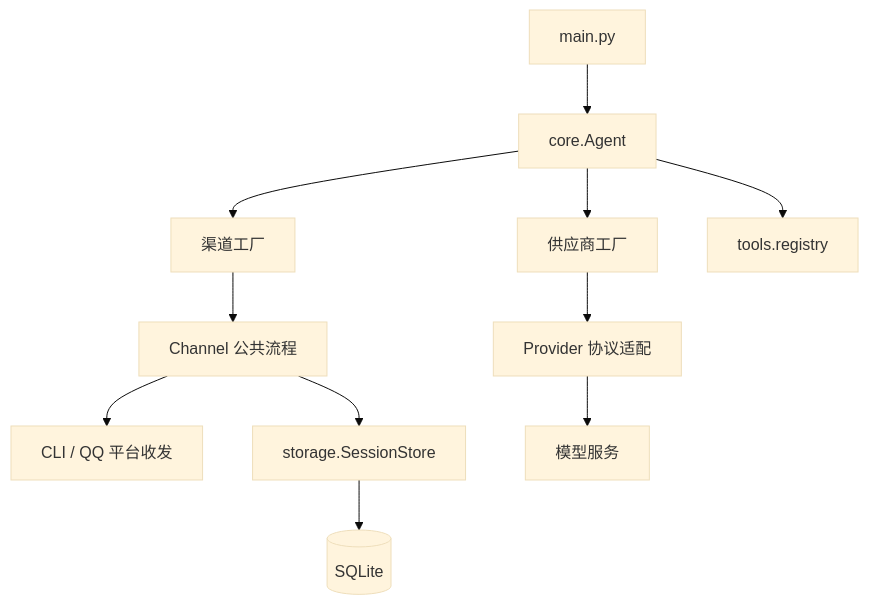
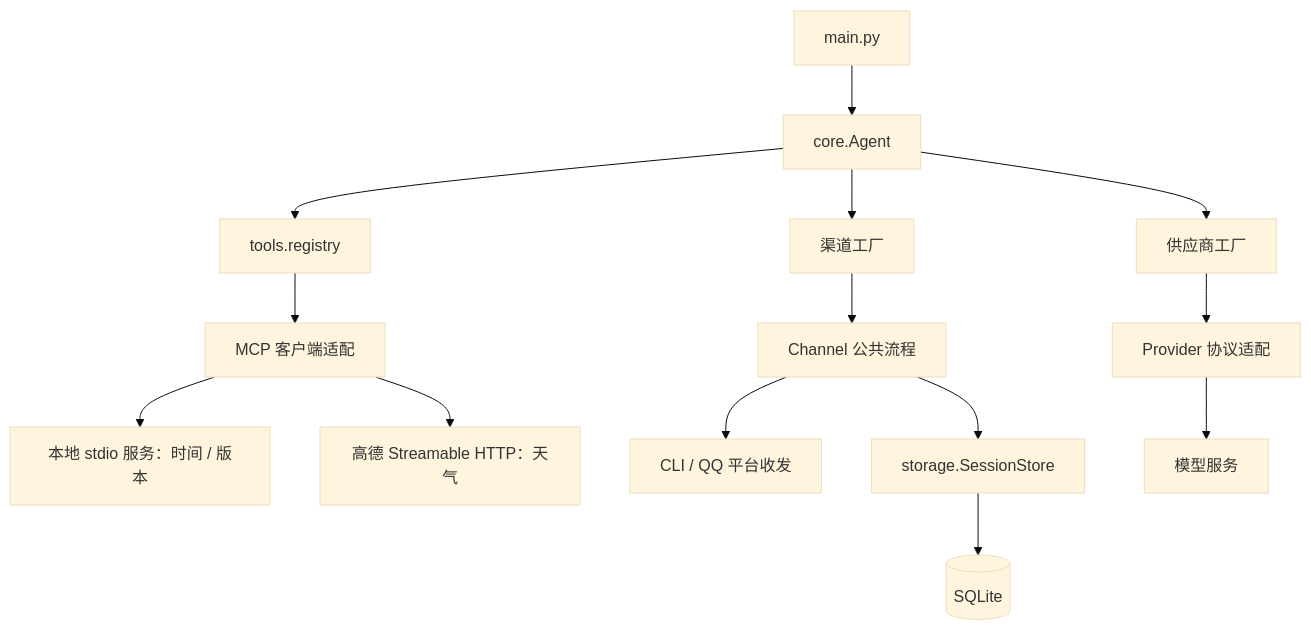
One commit to Hao-github/Partner changed the first of 2 diagrams in docs/design/architecture.md. Above: the diagram before and after it, drawn with Mermaid (base theme). The commit also changed other lines of this file and 29 other files, not shown here.

Commit message:
feat: integrate MCP version and Amap weather tools

````diff
--- a/docs/design/architecture.md
+++ b/docs/design/architecture.md
@@ -13,13 +13,16 @@
 ```mermaid
 flowchart TD
     Entry[main.py] --> Agent[core.Agent]
     Agent --> CF[渠道工厂]
     Agent --> PF[供应商工厂]
     Agent --> Tools[tools.registry]
+    Tools --> MCP[MCP 客户端适配]
+    MCP --> Builtin[本地 stdio 服务：时间 / 版本]
+    MCP --> Amap[高德 Streamable HTTP：天气]
     CF --> Channel[Channel 公共流程]
     Channel --> IO[CLI / QQ 平台收发]
     Channel --> Store[storage.SessionStore]
     PF --> Provider[Provider 协议适配]
     Provider --> API[模型服务]
     Store --> DB[(SQLite)]
 ```
````
